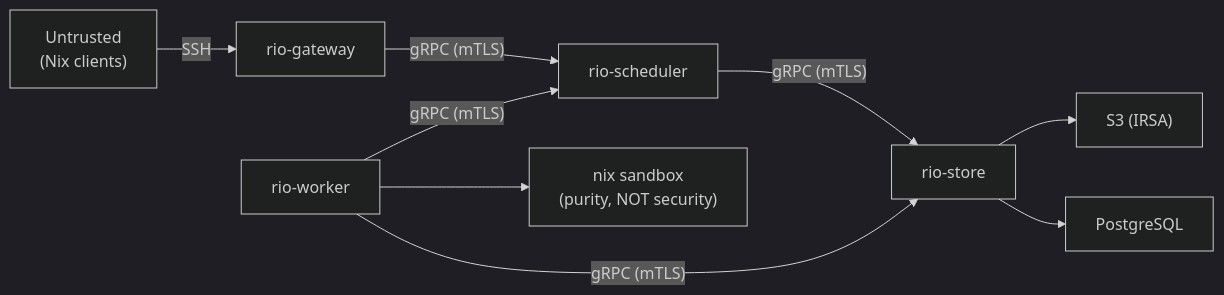
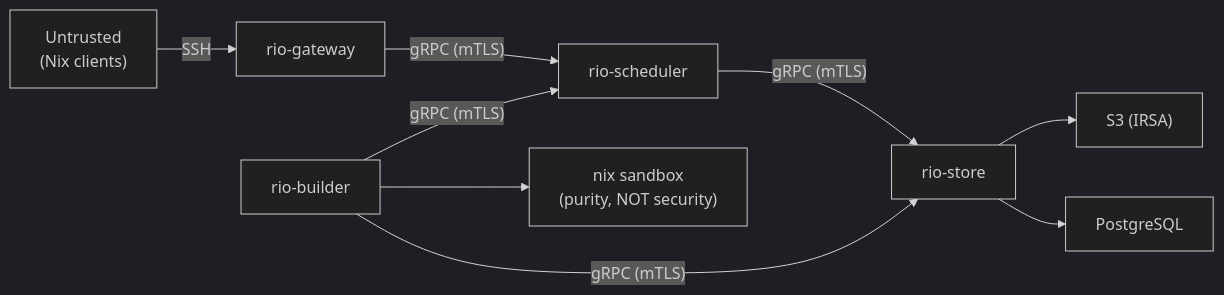
One commit to Mic92/rio-build changed the diagram in docs/src/security.md. Above: the diagram before and after it, drawn with Mermaid (dark theme). The commit also changed other lines of this file and 13 other files, not shown here.

First line of the commit message:
docs: drop persistent-STS model and rio-worker references from design book

````diff
--- a/docs/src/security.md
+++ b/docs/src/security.md
@@ -5,11 +5,11 @@
 ```mermaid
 flowchart LR
     Clients["Untrusted<br/>(Nix clients)"] -->|SSH| GW["rio-gateway"]
     GW -->|"gRPC (mTLS)"| Sched["rio-scheduler"]
     Sched -->|"gRPC (mTLS)"| Store["rio-store"]
-    Worker["rio-worker"] -->|"gRPC (mTLS)"| Store
+    Worker["rio-builder"] -->|"gRPC (mTLS)"| Store
     Worker -->|"gRPC (mTLS)"| Sched
     Store --> S3["S3 (IRSA)"]
     Store --> PG["PostgreSQL"]
     Worker --> Sandbox["nix sandbox<br/>(purity, NOT security)"]
 ```
````
